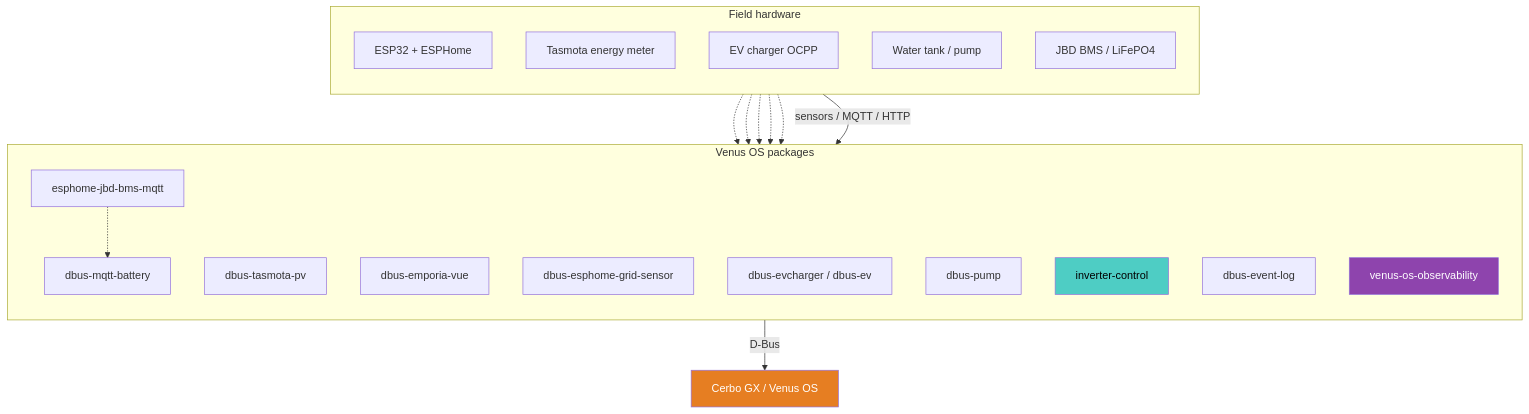
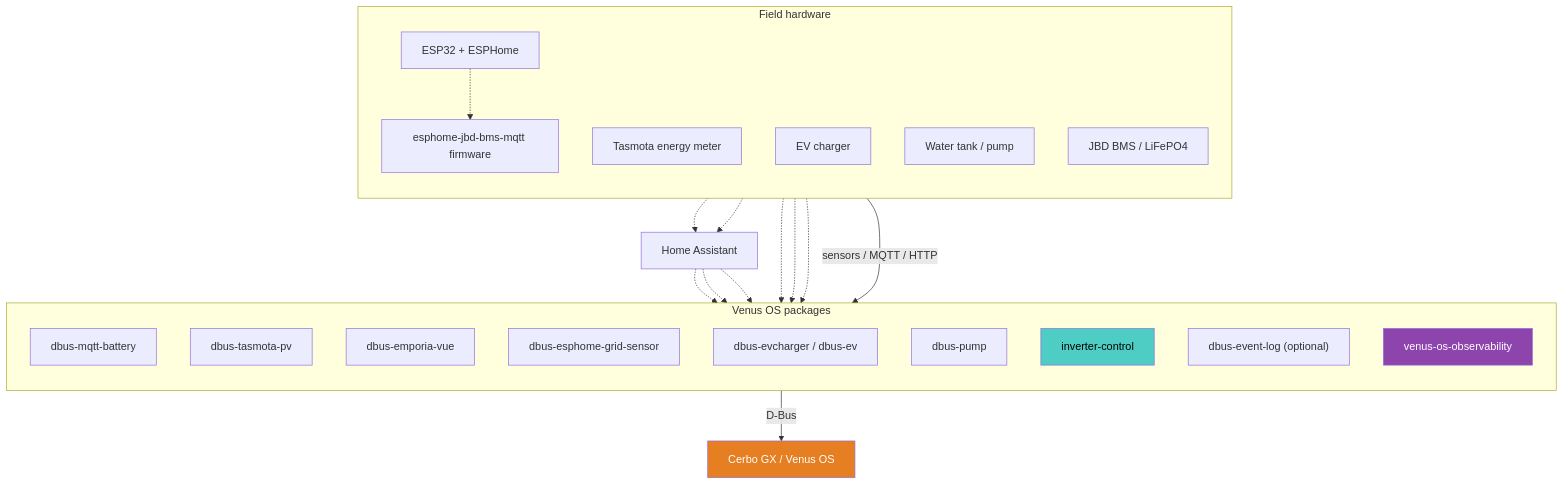
The first of 3 diagrams in docs/architecture.md (victron-venus/.github), drawn with Mermaid before and after one commit. The commit also changed other lines of this file and 8 other files, not shown here.

````diff
--- a/docs/architecture.md
+++ b/docs/architecture.md
@@ -11,39 +11,42 @@
 ```mermaid
 flowchart TB
     subgraph Field["Field hardware"]
         direction TB
         ESP["ESP32 + ESPHome"]
         TAS["Tasmota energy meter"]
-        EVCHG["EV charger OCPP"]
+        EVCHG["EV charger"]
         PUMP["Water tank / pump"]
         BMS["JBD BMS / LiFePO4"]
+        ESPH["esphome-jbd-bms-mqtt firmware"]
     end
 
     subgraph Pkgs["Venus OS packages"]
         direction TB
         BM["dbus-mqtt-battery"]
         PV["dbus-tasmota-pv"]
         EMP["dbus-emporia-vue"]
         GRD["dbus-esphome-grid-sensor"]
         EV["dbus-evcharger / dbus-ev"]
         PMP["dbus-pump"]
         IC["inverter-control"]
-        EL["dbus-event-log"]
+        EL["dbus-event-log (optional)"]
         OBS["venus-os-observability"]
-        ESPH["esphome-jbd-bms-mqtt"]
     end
 
     Field -->|"sensors / MQTT / HTTP"| Pkgs
     Pkgs -->|"D-Bus"| CERBO["Cerbo GX / Venus OS"]
 
     ESP -.-> BM
     ESP -.-> ESPH
     ESPH -.-> BM
     TAS -.-> PV
-    EVCHG -.-> EV
-    PUMP -.-> PMP
+    EVCHG -.-> HA["Home Assistant"]
+    PUMP -.-> HA
+    HA -.-> EV
+    HA -.-> PMP
+    HA -.-> EMP
 
     style CERBO fill:#e67e22,color:#fff
     style IC fill:#4ecdc4,color:#000
     style OBS fill:#8e44ad,color:#fff
 ```
````
